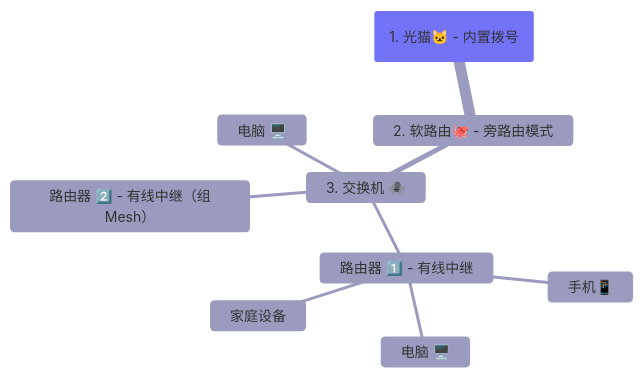
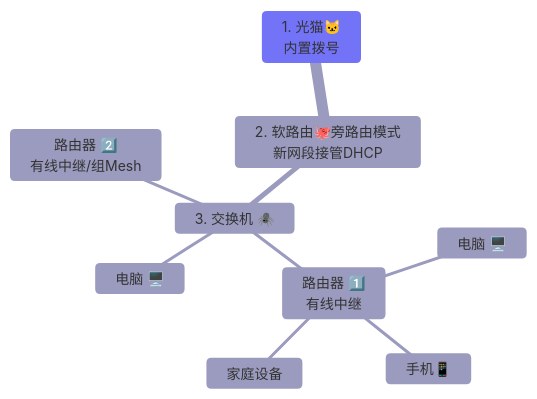
Before and after one commit to nic519/tailwind-blog: the diagram in data/blog/home-network-topology-diagram.mdx, drawn with Mermaid. The commit also changed other lines of this file and 9 other files, not shown here.

Commit message:
Refactor Mermaid component: rename import, remove unused file, and update styles for improved layout

````diff
--- a/data/blog/home-network-topology-diagram.mdx
+++ b/data/blog/home-network-topology-diagram.mdx
@@ -15,16 +15,16 @@
 ```mermaid
 ---
 config:
   theme: neo
 ---
 mindmap
-  root(1. 光猫🐱 - 内置拨号)
-    2. 软路由🐙 - 旁路由模式
+  1. 光猫🐱<br />内置拨号
+    2. 软路由🐙旁路由模式<br />新网段接管DHCP
       3. 交换机 🕷️
         电脑 🖥️
-        路由器 1️⃣ - 有线中继
+        路由器 1️⃣<br />有线中继
           手机📱
           电脑 🖥️
           家庭设备
-        路由器 2️⃣ - 有线中继（组Mesh）
+        路由器 2️⃣ <br />有线中继/组Mesh
 ```
````
